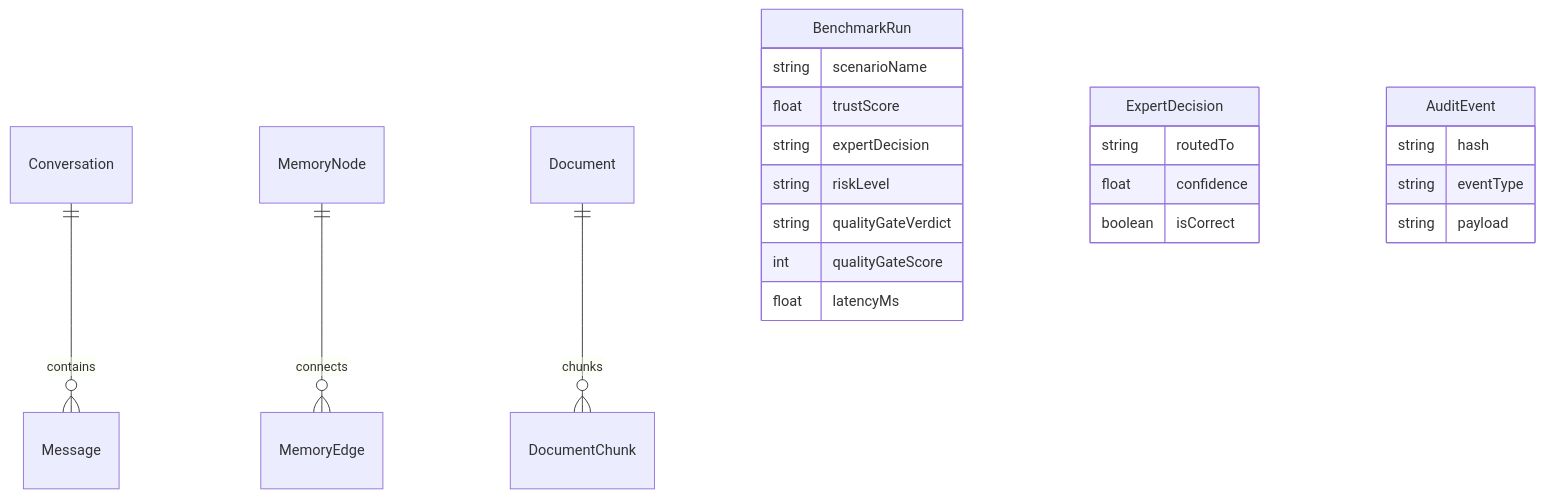
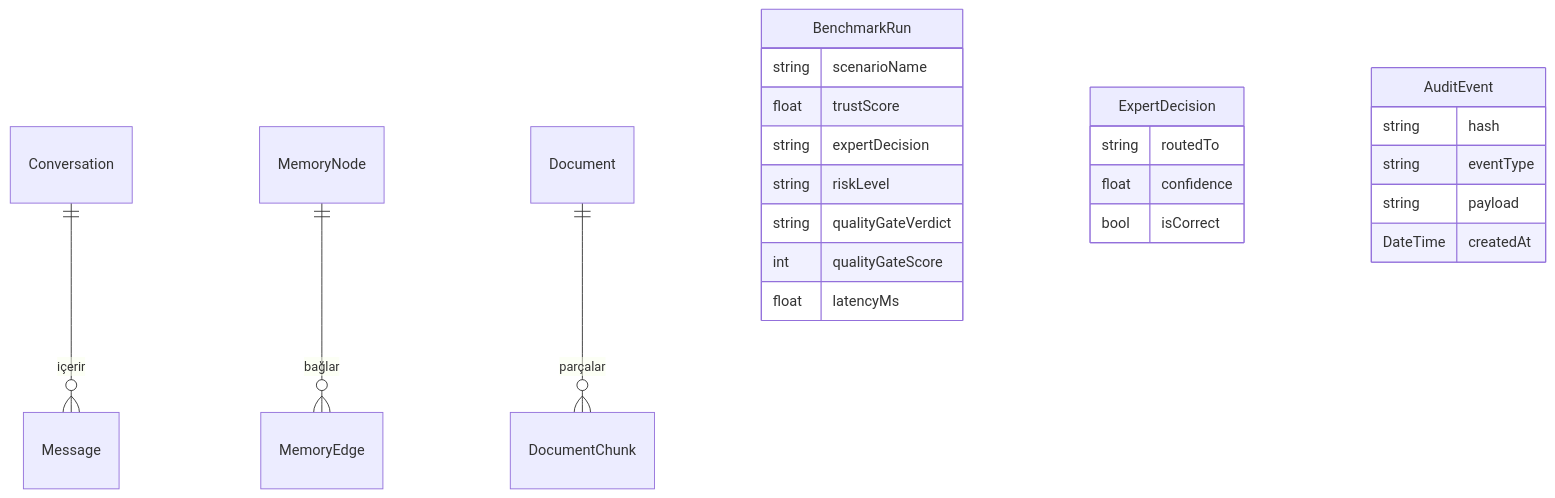
Before and after one commit to sakipfikrret/OmniEngine: the second of 2 diagrams in WHITEPAPER.md, drawn with Mermaid. The commit also changed other lines of this file and 1 other file, not shown here.

````diff
--- a/WHITEPAPER.md
+++ b/WHITEPAPER.md
@@ -281,25 +648,26 @@
 ```mermaid
 erDiagram
-  Conversation ||--o{ Message : contains
-  MemoryNode ||--o{ MemoryEdge : connects
-  Document ||--o{ DocumentChunk : chunks
-  BenchmarkRun {
-    string scenarioName
-    float trustScore
-    string expertDecision
-    string riskLevel
-    string qualityGateVerdict
-    int qualityGateScore
-    float latencyMs
-  }
-  ExpertDecision {
-    string routedTo
-    float confidence
-    boolean isCorrect
-  }
-  AuditEvent {
-    string hash
-    string eventType
-    string payload
-  }
+    Conversation ||--o{ Message : "içerir"
+    MemoryNode ||--o{ MemoryEdge : "bağlar"
+    Document ||--o{ DocumentChunk : "parçalar"
+    BenchmarkRun {
+        string scenarioName
+        float  trustScore
+        string expertDecision
+        string riskLevel
+        string qualityGateVerdict
+        int    qualityGateScore
+        float  latencyMs
+    }
+    ExpertDecision {
+        string routedTo
+        float  confidence
+        bool   isCorrect
+    }
+    AuditEvent {
+        string hash
+        string eventType
+        string payload
+        DateTime createdAt
+    }
 ```
````
